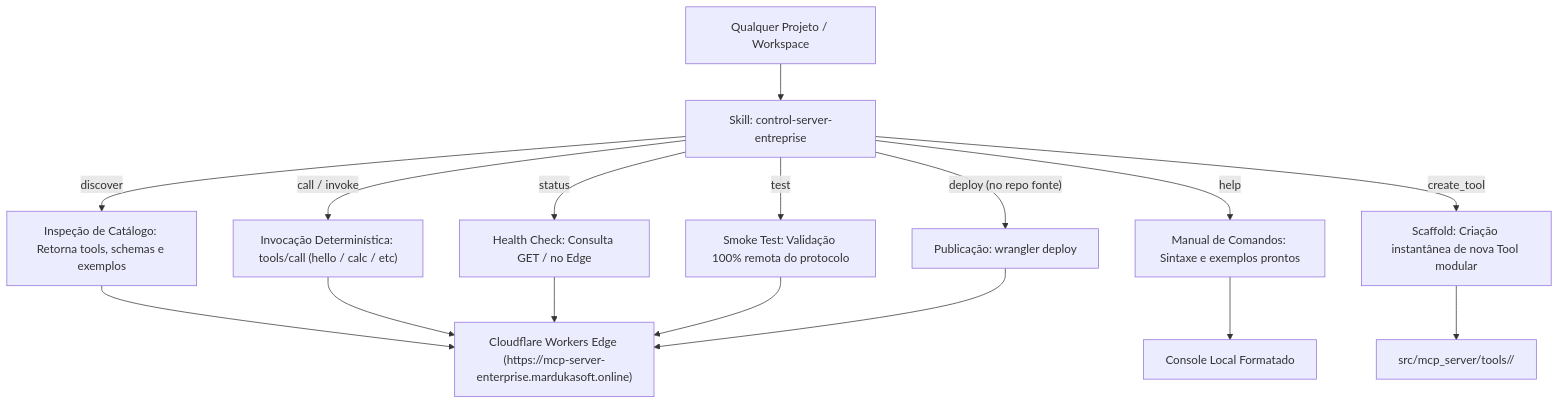
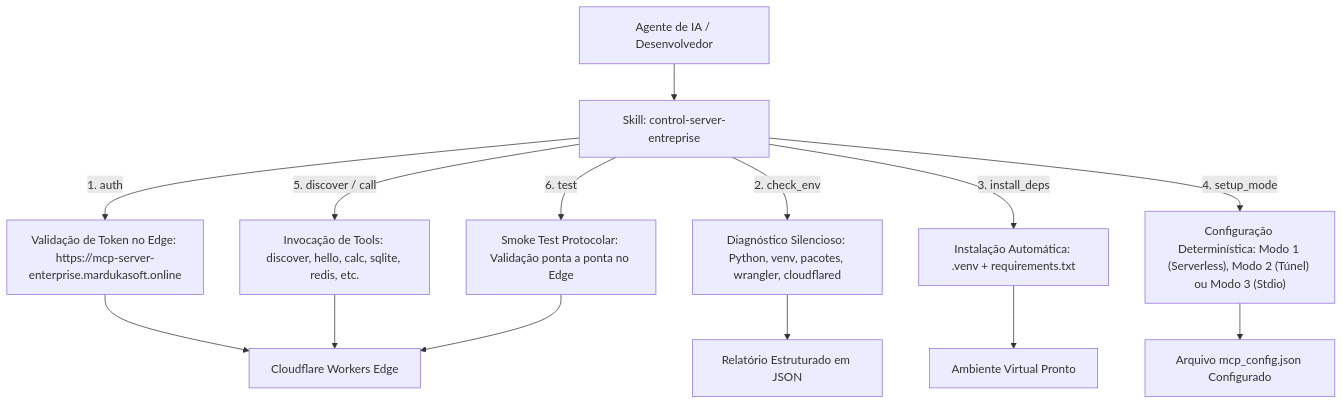
Before and after one commit to Eduardo-Rezende-MDK/mcp-server-enterprise-blueprint: the diagram in .agents/skills/control-server-entreprise/SKILL.md, drawn with Mermaid. The commit also changed other lines of this file and 2 other files, not shown here.

Commit message:
feat: integrar acoes de onboarding e instalacao diretamente na skill control-server-entreprise

````diff
--- a/.agents/skills/control-server-entreprise/SKILL.md
+++ b/.agents/skills/control-server-entreprise/SKILL.md
@@ -21,20 +21,18 @@
 ```mermaid
 flowchart TD
-    A["Qualquer Projeto / Workspace"] --> B["Skill: control-server-entreprise"]
+    A["Agente de IA / Desenvolvedor"] --> B["Skill: control-server-entreprise"]
     
-    B -->|"discover"| C["Inspeção de Catálogo: Retorna tools, schemas e exemplos"]
-    B -->|"call / invoke"| D["Invocação Determinística: tools/call (hello / calc / etc)"]
-    B -->|"help"| E["Manual de Comandos: Sintaxe e exemplos prontos"]
-    B -->|"status"| F["Health Check: Consulta GET / no Edge"]
-    B -->|"test"| G["Smoke Test: Validação 100% remota do protocolo"]
-    B -->|"create_tool"| H["Scaffold: Criação instantânea de nova Tool modular"]
-    B -->|"deploy (no repo fonte)"| I["Publicação: wrangler deploy"]
+    B -->|"1. auth"| C["Validação de Token no Edge: https://mcp-server-enterprise.mardukasoft.online"]
+    B -->|"2. check_env"| D["Diagnóstico Silencioso: Python, venv, pacotes, wrangler, cloudflared"]
+    B -->|"3. install_deps"| E["Instalação Automática: .venv + requirements.txt"]
+    B -->|"4. setup_mode"| F["Configuração Determinística: Modo 1 (Serverless), Modo 2 (Túnel) ou Modo 3 (Stdio)"]
+    B -->|"5. discover / call"| G["Invocação de Tools: discover, hello, calc, sqlite, redis, etc."]
+    B -->|"6. test"| H["Smoke Test Protocolar: Validação ponta a ponta no Edge"]
     
-    C --> J["Cloudflare Workers Edge (https://mcp-server-enterprise.mardukasoft.online)"]
-    D --> J
-    E --> K["Console Local Formatado"]
-    F --> J
-    G --> J
-    H --> L["src/mcp_server/tools/<nova_tool>/"]
-    I --> J
+    C --> I["Cloudflare Workers Edge"]
+    D --> J["Relatório Estruturado em JSON"]
+    E --> K["Ambiente Virtual Pronto"]
+    F --> L["Arquivo mcp_config.json Configurado"]
+    G --> I
+    H --> I
 ```
````
